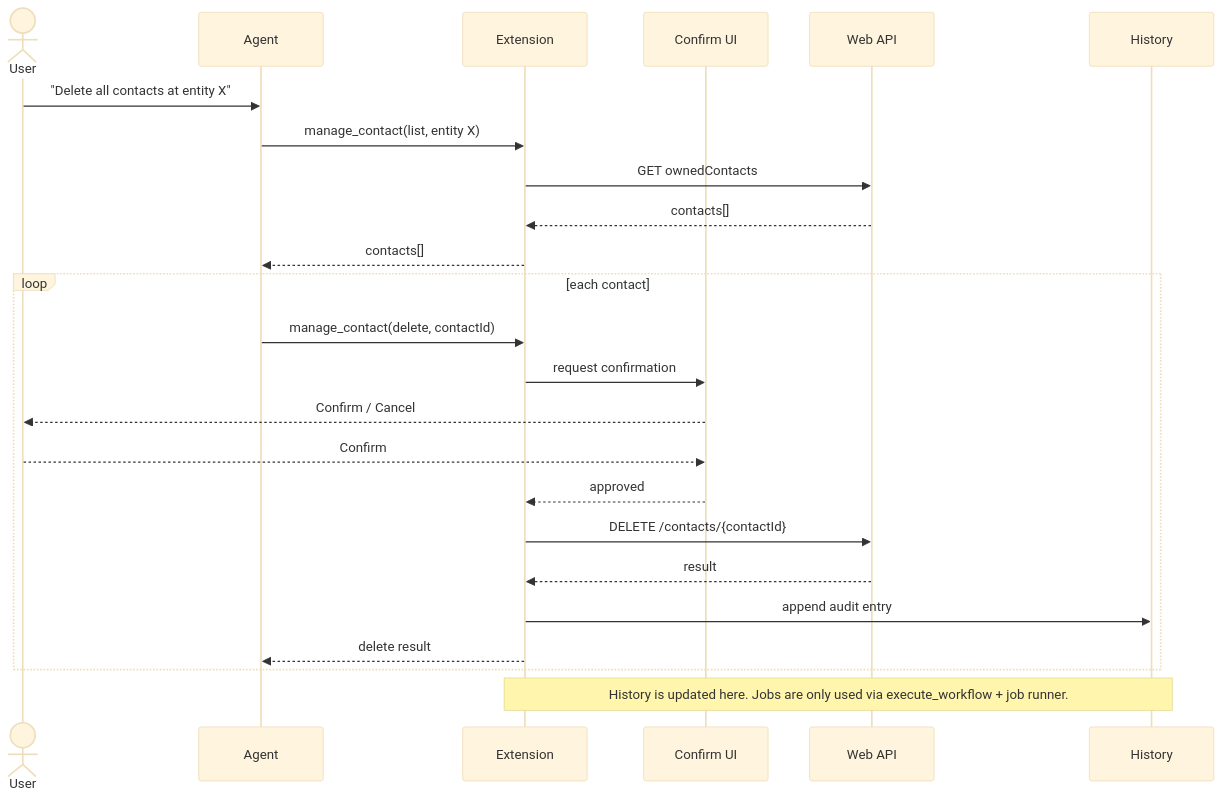
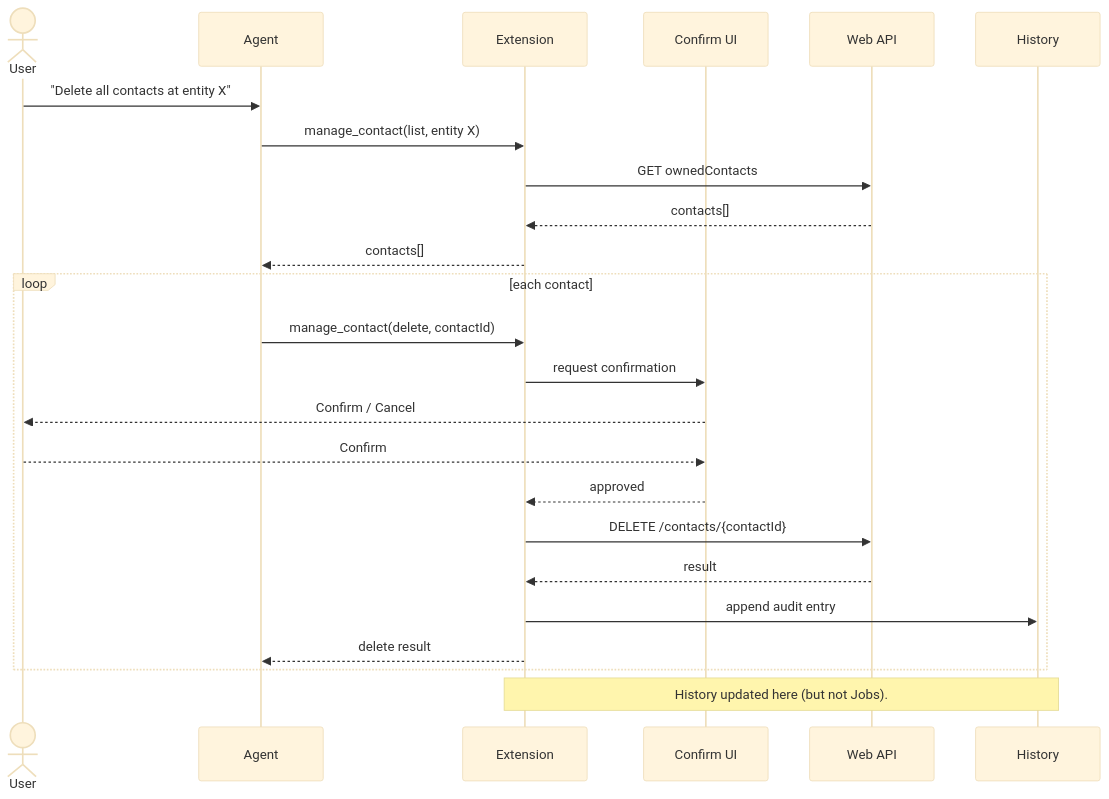
Before and after one commit to V-You/Web-API_Extension: the diagram in README.md, drawn with Mermaid (base theme). The commit also changed other lines of this file and 1 other file, not shown here.

````diff
--- a/README.md
+++ b/README.md
@@ -250,29 +247,29 @@
 ```mermaid
 sequenceDiagram
     actor U as User
     participant AG as Agent
     participant EXT as Extension
     participant UI as Confirm UI
     participant API as Web API
     participant H as History
 
     U->>AG: "Delete all contacts at entity X"
     AG->>EXT: manage_contact(list, entity X)
     EXT->>API: GET ownedContacts
     API-->>EXT: contacts[]
     EXT-->>AG: contacts[]
 
     loop each contact
         AG->>EXT: manage_contact(delete, contactId)
         EXT->>UI: request confirmation
         UI-->>U: Confirm / Cancel
         U-->>UI: Confirm
         UI-->>EXT: approved
         EXT->>API: DELETE /contacts/{contactId}
         API-->>EXT: result
         EXT->>H: append audit entry
         EXT-->>AG: delete result
     end
 
-    Note over EXT,H: History is updated here. Jobs are only used via execute_workflow + job runner.
+    Note over EXT,H: History updated here (but not Jobs).
 ```
````
